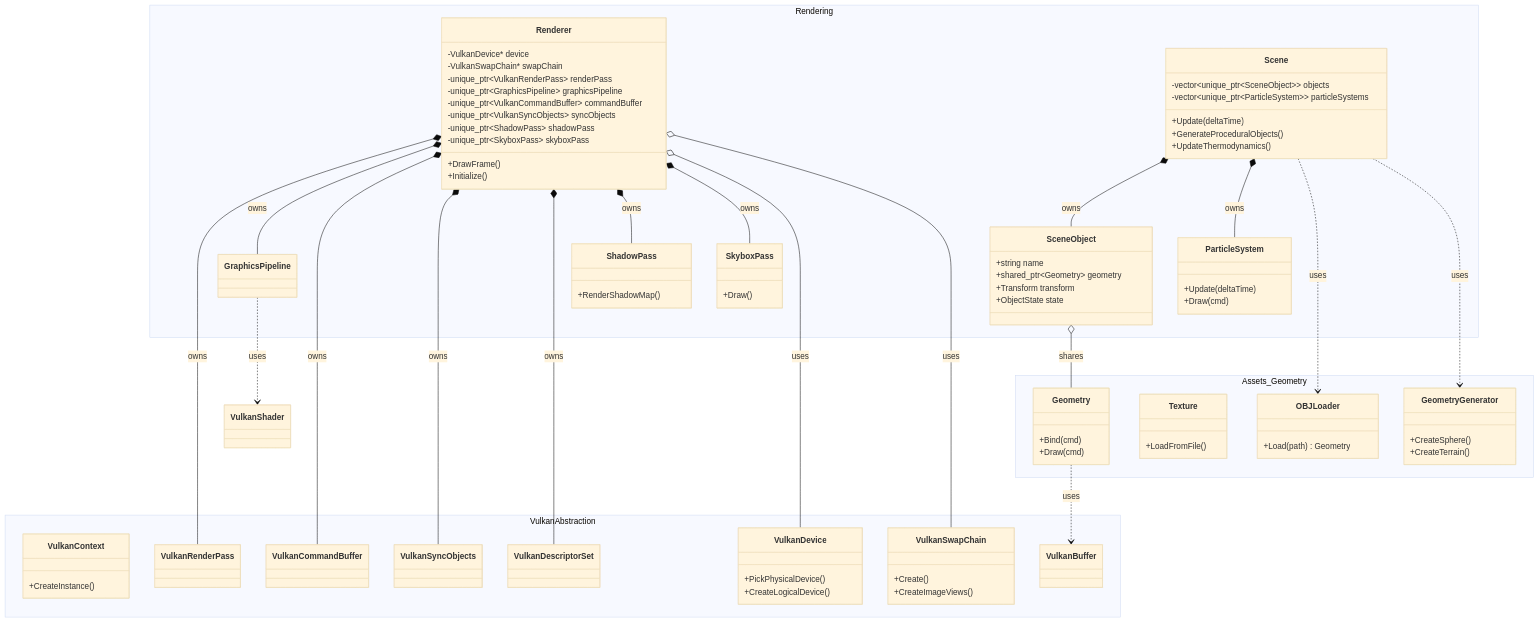
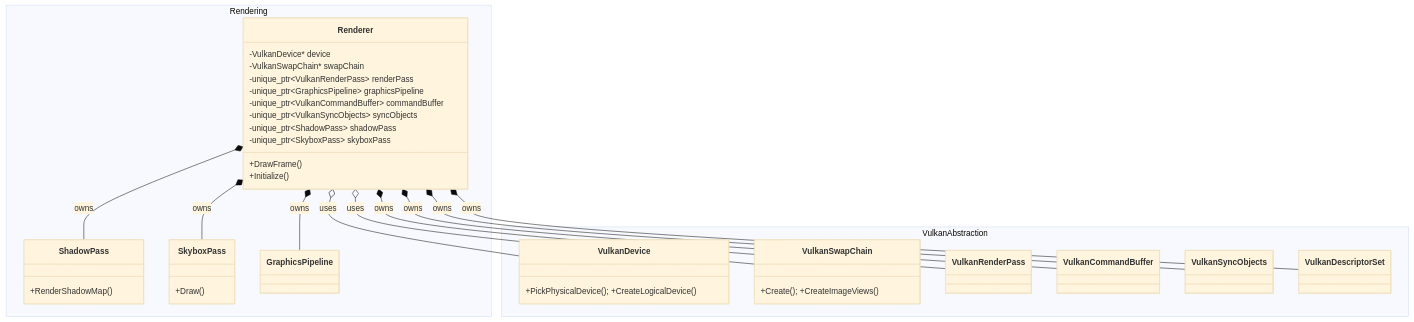
One commit to archiehull/TheOrb changed the second of 6 diagrams in final cpp lab book.md. Above: the diagram before and after it, drawn with Mermaid (base theme). The commit also changed other lines of this file and 1 other file, not shown here.

Commit message:
lab book

````diff
--- a/final cpp lab book.md
+++ b/final cpp lab book.md
@@ -107,76 +111,21 @@
             +DrawFrame()
             +Initialize()
         }
-
-        class Scene {
-            -vector~unique_ptr~SceneObject~~ objects
-            -vector~unique_ptr~ParticleSystem~~ particleSystems
-            +Update(deltaTime)
-            +GenerateProceduralObjects()
-            +UpdateThermodynamics()
-        }
-
-        class SceneObject {
-            +string name
-            +shared_ptr~Geometry~ geometry
-            +Transform transform
-            +ObjectState state
-        }
-
-        class ShadowPass {
-            +RenderShadowMap()
-        }
-
-        class SkyboxPass {
-            +Draw()
-        }
-
-        class ParticleSystem {
-            +Update(deltaTime)
-            +Draw(cmd)
-        }
-
+        
+        class ShadowPass { +RenderShadowMap() }
+        class SkyboxPass { +Draw() }
         class GraphicsPipeline
-
     }
 
     namespace VulkanAbstraction {
-        class VulkanContext {
-            +CreateInstance()
-        }
-        class VulkanDevice {
-            +PickPhysicalDevice()
-            +CreateLogicalDevice()
-        }
-        class VulkanSwapChain {
-            +Create()
-            +CreateImageViews()
-        }
+        class VulkanDevice { +PickPhysicalDevice(); +CreateLogicalDevice() }
+        class VulkanSwapChain { +Create(); +CreateImageViews() }
         class VulkanRenderPass
         class VulkanCommandBuffer
         class VulkanSyncObjects
         class VulkanDescriptorSet
-        class VulkanBuffer
     }
 
-    namespace Assets_Geometry {
-        class Geometry {
-            +Bind(cmd)
-            +Draw(cmd)
-        }
-        class Texture {
-            +LoadFromFile()
-        }
-        class OBJLoader {
-            +Load(path) Geometry
-        }
-        class GeometryGenerator {
-            +CreateSphere()
-            +CreateTerrain()
-        }
-    }
-
-    %% Relationships
     Renderer *-- VulkanRenderPass : owns
     Renderer *-- GraphicsPipeline : owns
     Renderer *-- VulkanCommandBuffer : owns
@@ -184,16 +133,6 @@
     Renderer *-- VulkanDescriptorSet : owns
     Renderer *-- ShadowPass : owns
     Renderer *-- SkyboxPass : owns
-
     Renderer o-- VulkanDevice : uses
     Renderer o-- VulkanSwapChain : uses
-    
-    Scene *-- SceneObject : owns
-    Scene *-- ParticleSystem : owns
-    SceneObject o-- Geometry : shares
-    Scene ..> OBJLoader : uses
-    Scene ..> GeometryGenerator : uses
-    
-    GraphicsPipeline ..> VulkanShader : uses
-    Geometry ..> VulkanBuffer : uses
 ```
````
